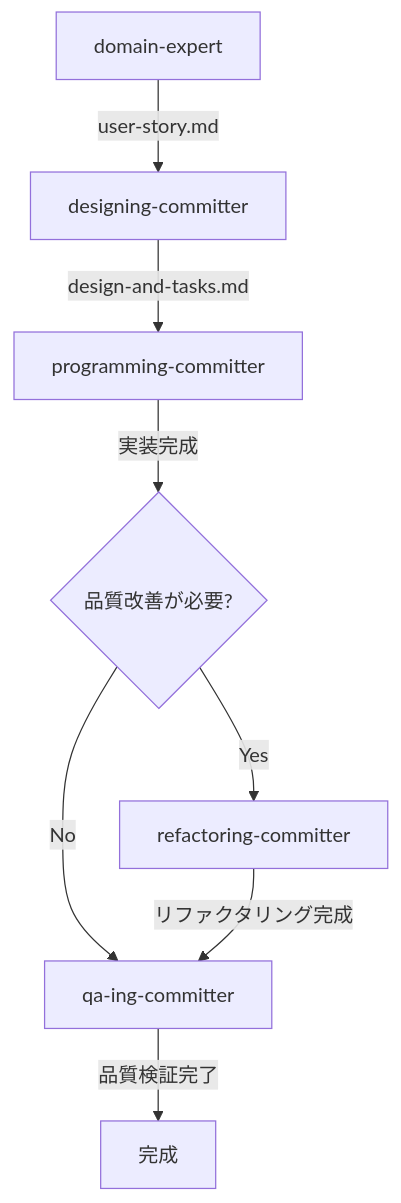
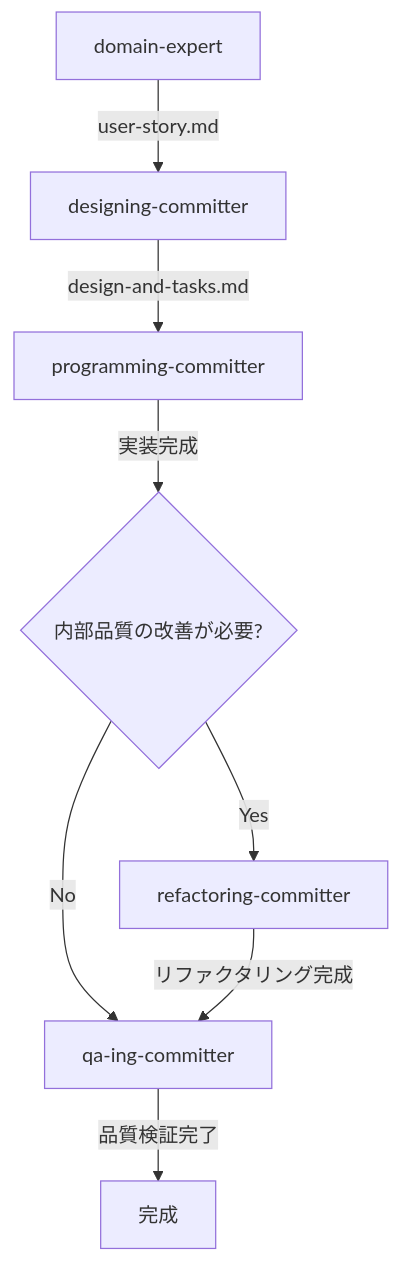
The second of 2 diagrams in CLAUDE.md (haru01/take8_effect_ddd_sample), drawn with Mermaid before and after one commit.

````diff
--- a/CLAUDE.md
+++ b/CLAUDE.md
@@ -862,11 +862,11 @@
 ```mermaid
 graph TD
     A[domain-expert] -->|user-story.md| B[designing-committer]
     B -->|design-and-tasks.md| C[programming-committer]
-    C -->|実装完成| D{品質改善が必要?}
+    C -->|実装完成| D{内部品質の改善が必要?}
     D -->|Yes| E[refactoring-committer]
     D -->|No| F[qa-ing-committer]
     E -->|リファクタリング完成| F[qa-ing-committer]
     F -->|品質検証完了| G[完成]
 
 ```
````
